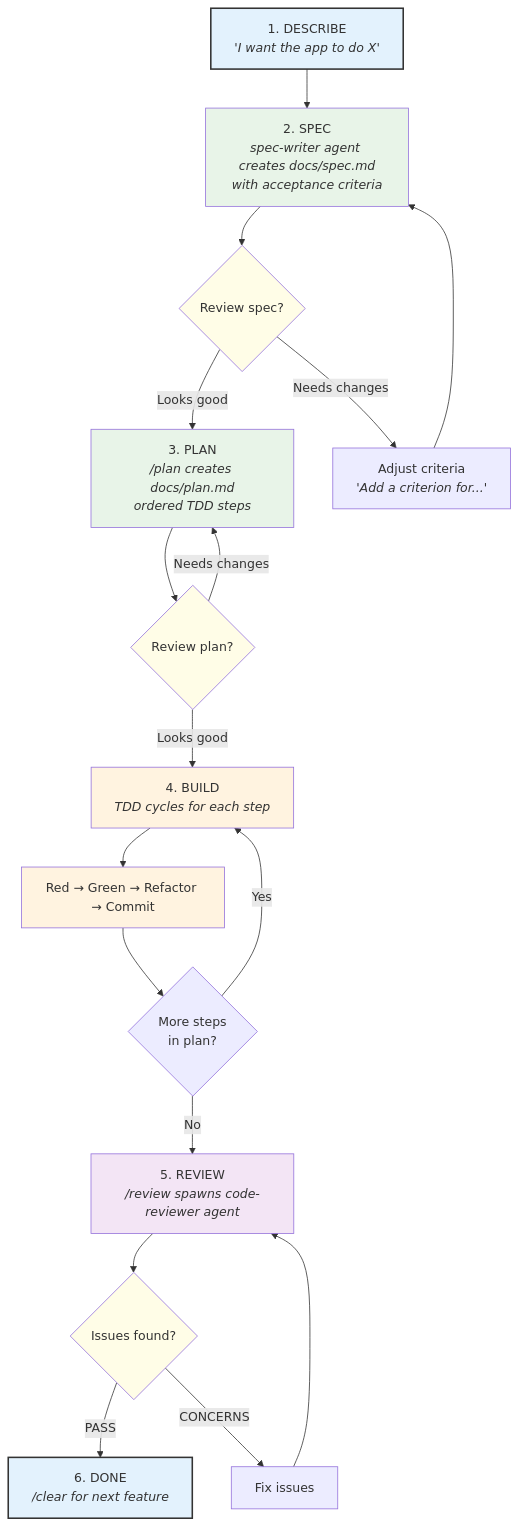
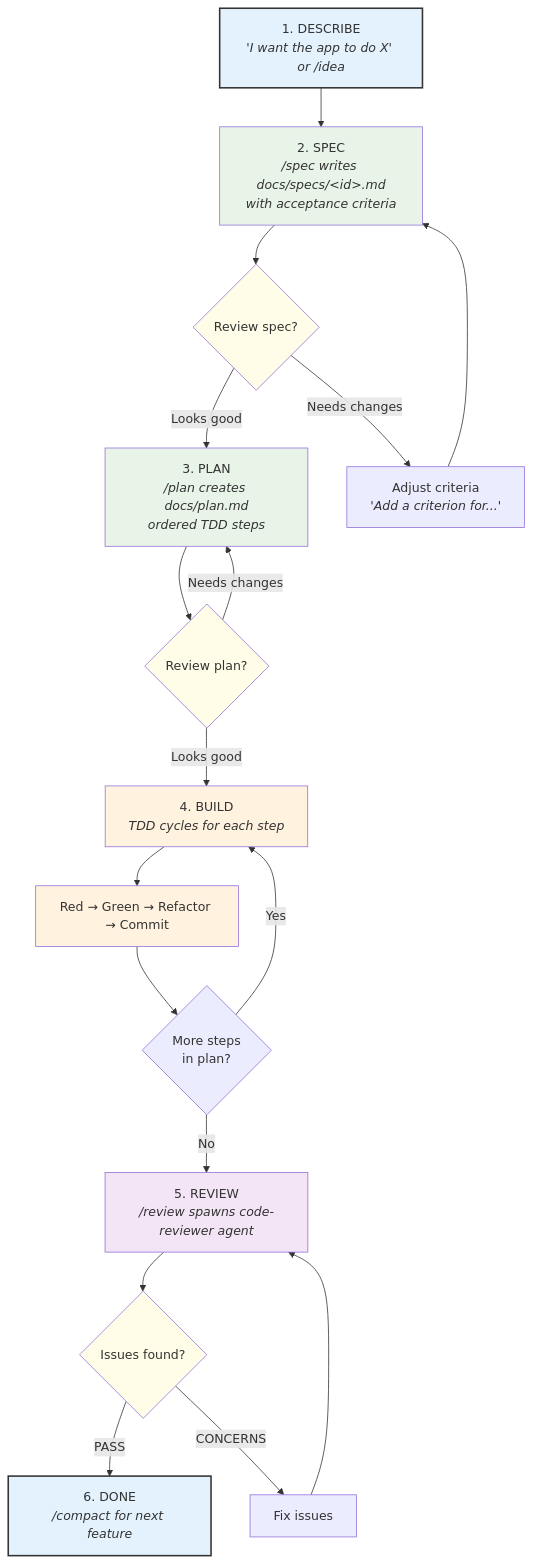
One commit to goldhaxx/fucina changed the first of 2 diagrams in .ccanvil/guide/core-workflow.md. Above: the diagram before and after it, drawn with Mermaid. The commit also changed 15 other files, not shown here.

````diff
--- a/.ccanvil/guide/core-workflow.md
+++ b/.ccanvil/guide/core-workflow.md
@@ -5,44 +5,44 @@
 ```mermaid
 flowchart TD
-    DESC["1. DESCRIBE<br/><i>'I want the app to do X'</i>"]
-    SPEC["2. SPEC<br/><i>spec-writer agent creates docs/spec.md<br/>with acceptance criteria</i>"]
+    DESC["1. DESCRIBE<br/><i>'I want the app to do X' or /idea</i>"]
+    SPEC["2. SPEC<br/><i>/spec writes docs/specs/&lt;id&gt;.md<br/>with acceptance criteria</i>"]
     REV_SPEC{"Review spec?"}
     ADJ["Adjust criteria<br/><i>'Add a criterion for...'</i>"]
     PLAN["3. PLAN<br/><i>/plan creates docs/plan.md<br/>ordered TDD steps</i>"]
     REV_PLAN{"Review plan?"}
     BUILD["4. BUILD<br/><i>TDD cycles for each step</i>"]
     TDD_CYCLE["Red → Green → Refactor → Commit"]
     MORE{"More steps<br/>in plan?"}
     REVIEW["5. REVIEW<br/><i>/review spawns code-reviewer agent</i>"]
     REV_FB{"Issues found?"}
     FIX["Fix issues"]
-    DONE["6. DONE<br/><i>/clear for next feature</i>"]
+    DONE["6. DONE<br/><i>/compact for next feature</i>"]
 
     DESC --> SPEC
     SPEC --> REV_SPEC
     REV_SPEC -->|"Looks good"| PLAN
     REV_SPEC -->|"Needs changes"| ADJ
     ADJ --> SPEC
     PLAN --> REV_PLAN
     REV_PLAN -->|"Looks good"| BUILD
     REV_PLAN -->|"Needs changes"| PLAN
     BUILD --> TDD_CYCLE
     TDD_CYCLE --> MORE
     MORE -->|"Yes"| BUILD
     MORE -->|"No"| REVIEW
     REVIEW --> REV_FB
     REV_FB -->|"PASS"| DONE
     REV_FB -->|"CONCERNS"| FIX
     FIX --> REVIEW
 
     style DESC fill:#e3f2fd,stroke:#333,stroke-width:2px
     style SPEC fill:#e8f4e8
     style PLAN fill:#e8f4e8
     style BUILD fill:#fff3e0
     style TDD_CYCLE fill:#fff3e0
     style REVIEW fill:#f3e5f5
     style DONE fill:#e3f2fd,stroke:#333,stroke-width:2px
     style REV_SPEC fill:#fffde7
     style REV_PLAN fill:#fffde7
     style REV_FB fill:#fffde7
 ```
````
